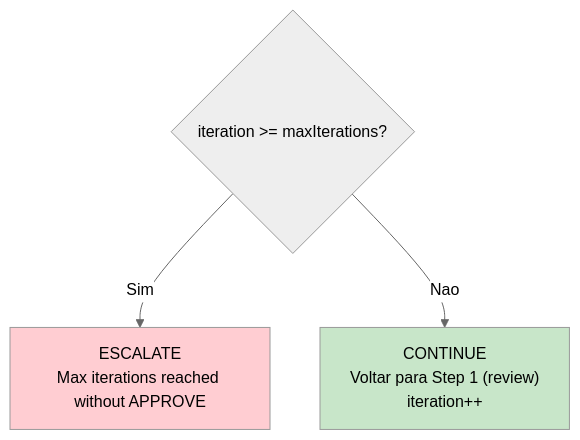
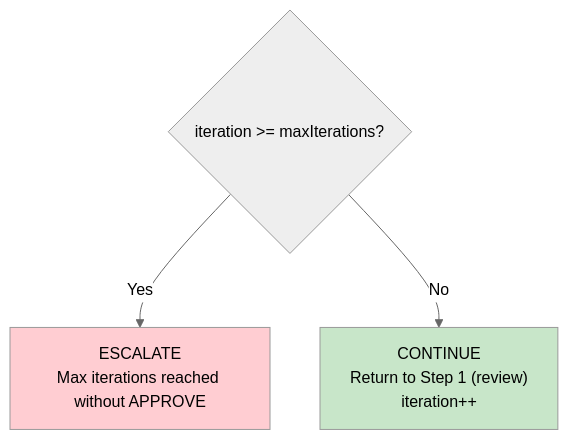
The fifth of 10 diagrams in docs/guides/workflows/QA-LOOP-WORKFLOW.md (CyryxLabs/AEXOS), drawn with Mermaid (neutral theme) before and after one commit. The commit also changed other lines of this file and 528 other files, not shown here.

````diff
--- a/docs/guides/workflows/QA-LOOP-WORKFLOW.md
+++ b/docs/guides/workflows/QA-LOOP-WORKFLOW.md
@@ -380,10 +380,10 @@
 ```mermaid
 flowchart TD
     I{"iteration >= maxIterations?"}
 
-    I -->|"Sim"| E["ESCALATE<br/>Max iterations reached without APPROVE"]
-    I -->|"Nao"| C["CONTINUE<br/>Voltar para Step 1 (review)<br/>iteration++"]
+    I -->|"Yes"| E["ESCALATE<br/>Max iterations reached without APPROVE"]
+    I -->|"No"| C["CONTINUE<br/>Return to Step 1 (review)<br/>iteration++"]
 
     style E fill:#ffcdd2
     style C fill:#c8e6c9
 ```
````
